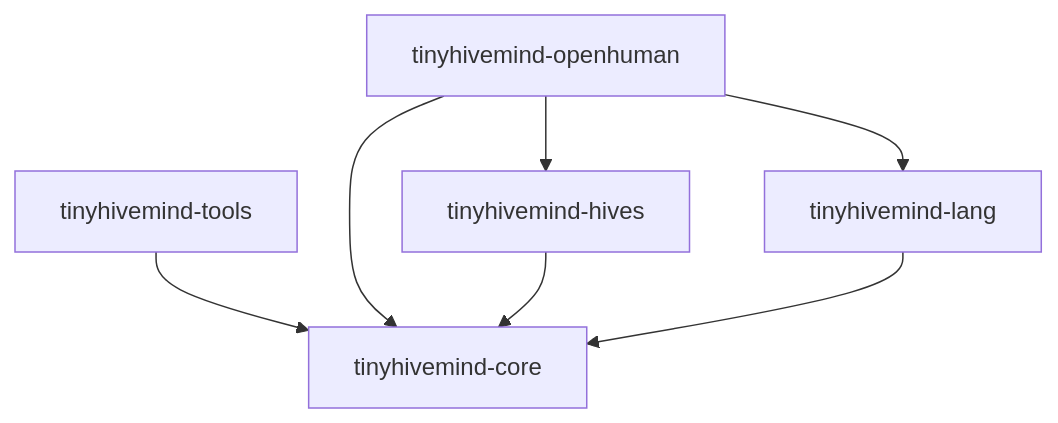
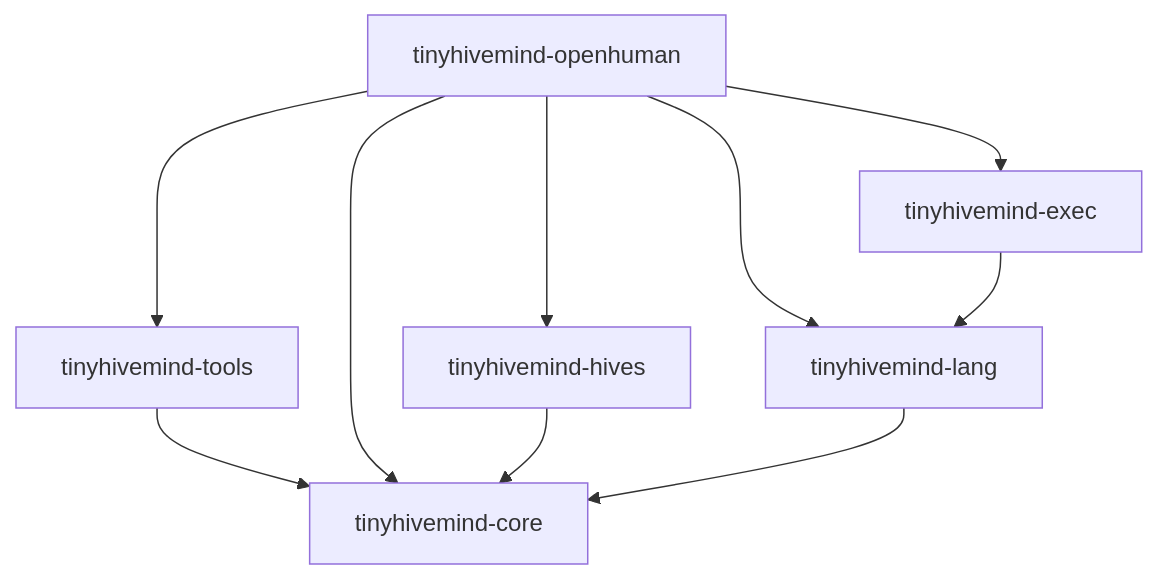
The diagram in docs/crate-dependencies.md (tinyhumansai/tinyhivemind), drawn with Mermaid before and after one commit. The commit also changed other lines of this file and 4 other files, not shown here.

First line of the commit message:
docs(tinyhivemind-lang): document integration sections and edit classes

````diff
--- a/docs/crate-dependencies.md
+++ b/docs/crate-dependencies.md
@@ -6,9 +6,12 @@
 ```mermaid
 flowchart TD
     tools["tinyhivemind-tools"] --> core["tinyhivemind-core"]
     openhuman["tinyhivemind-openhuman"] --> core
     openhuman --> hives["tinyhivemind-hives"]
     hives --> core
     lang["tinyhivemind-lang"] --> core
     openhuman --> lang
+    exec["tinyhivemind-exec"] --> lang
+    openhuman --> exec
+    openhuman --> tools
 ```
````
